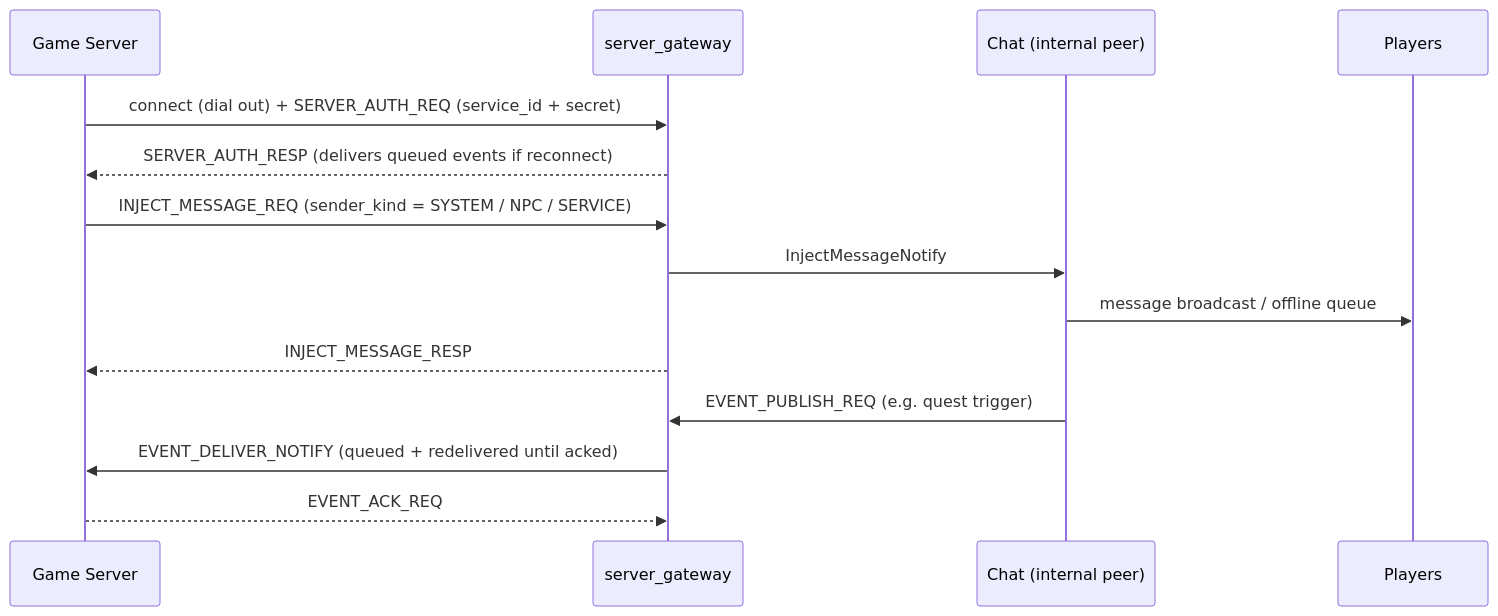
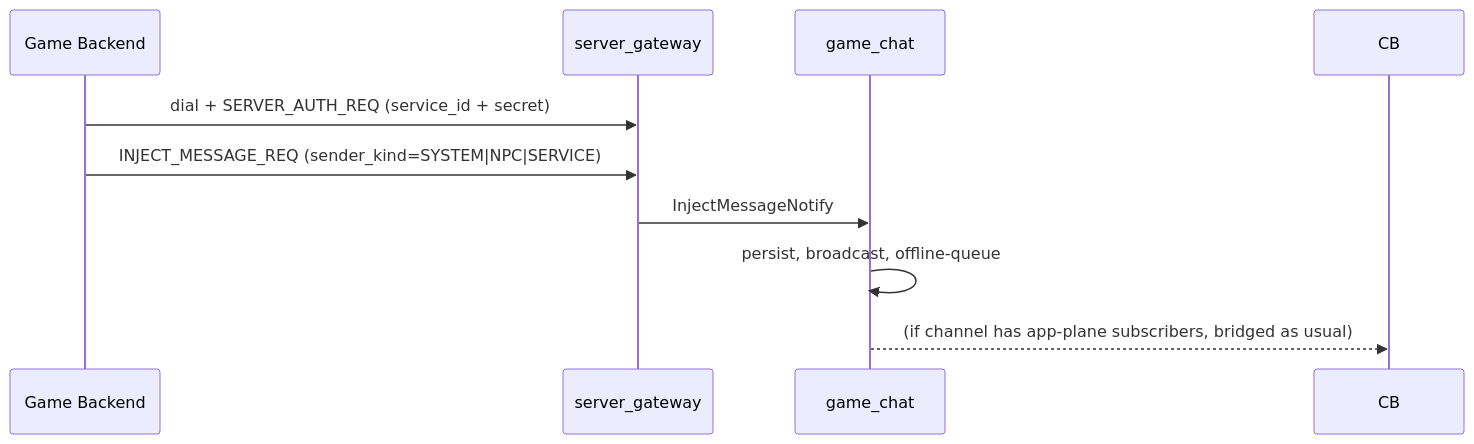
One commit to cuihairu/chirp changed the fourth of 4 diagrams in docs/architecture.md. Above: the diagram before and after it, drawn with Mermaid. The commit also changed other lines of this file and 3 other files, not shown here.

First line of the commit message:
docs: retarget architecture to the two-plane + chat_bridge topology

````diff
--- a/docs/architecture.md
+++ b/docs/architecture.md
@@ -368,17 +199,12 @@
 ```mermaid
 sequenceDiagram
-    participant GS as Game Server
+    participant GB as Game Backend
     participant SG as server_gateway
-    participant CH as Chat (internal peer)
-    participant P as Players
+    participant CH as game_chat
 
-    GS->>SG: connect (dial out) + SERVER_AUTH_REQ (service_id + secret)
-    SG-->>GS: SERVER_AUTH_RESP (delivers queued events if reconnect)
-    GS->>SG: INJECT_MESSAGE_REQ (sender_kind = SYSTEM / NPC / SERVICE)
+    GB->>SG: dial + SERVER_AUTH_REQ (service_id + secret)
+    GB->>SG: INJECT_MESSAGE_REQ (sender_kind=SYSTEM|NPC|SERVICE)
     SG->>CH: InjectMessageNotify
-    CH->>P: message broadcast / offline queue
-    SG-->>GS: INJECT_MESSAGE_RESP
-    CH->>SG: EVENT_PUBLISH_REQ (e.g. quest trigger)
-    SG->>GS: EVENT_DELIVER_NOTIFY (queued + redelivered until acked)
-    GS-->>SG: EVENT_ACK_REQ
+    CH->>CH: persist, broadcast, offline-queue
+    CH-->>CB: (if channel has app-plane subscribers, bridged as usual)
 ```
````
